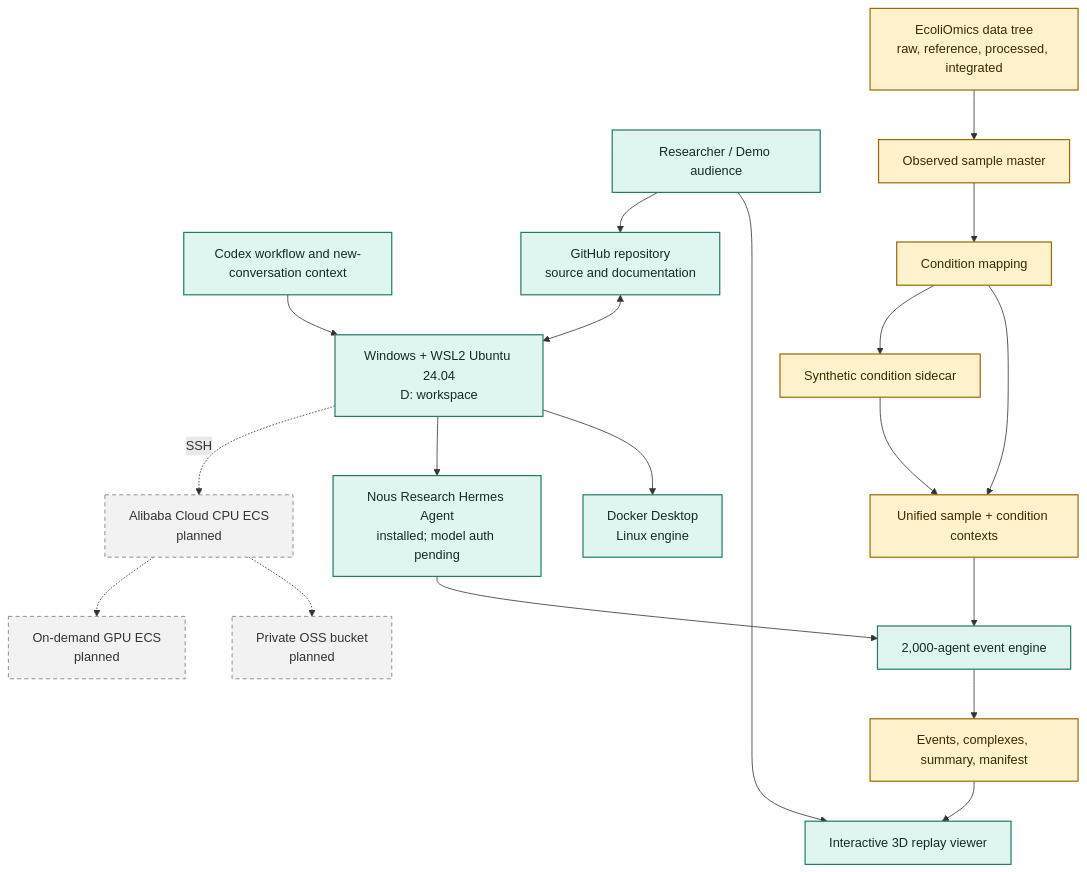
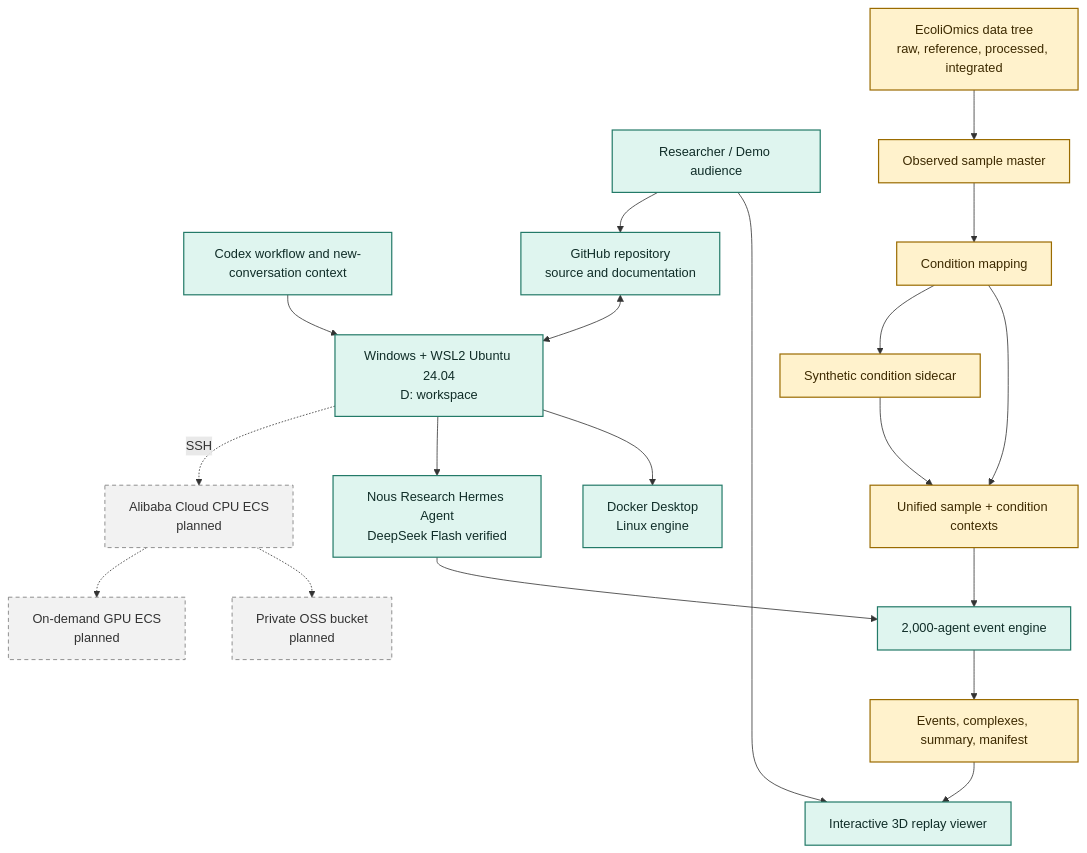
Before and after one commit to PrzmArk77469/E.coli-Multi-Omics-World-Model-Test-Demo: the first of 4 diagrams in docs/SYSTEM_ARCHITECTURE.md, drawn with Mermaid. The commit also changed other lines of this file and 6 other files, not shown here.

````diff
--- a/docs/SYSTEM_ARCHITECTURE.md
+++ b/docs/SYSTEM_ARCHITECTURE.md
@@ -22,46 +22,46 @@
 ```mermaid
 flowchart TB
     User["Researcher / Demo audience"]
     Codex["Codex workflow and new-conversation context"]
     GitHub["GitHub repository<br/>source and documentation"]
     Local["Windows + WSL2 Ubuntu 24.04<br/>D: workspace"]
     Docker["Docker Desktop<br/>Linux engine"]
     Data["EcoliOmics data tree<br/>raw, reference, processed, integrated"]
     Observed["Observed sample master"]
     Mapping["Condition mapping"]
     Sidecar["Synthetic condition sidecar"]
     Context["Unified sample + condition contexts"]
     Engine["2,000-agent event engine"]
     Events["Events, complexes, summary, manifest"]
     Viewer["Interactive 3D replay viewer"]
-    Hermes["Nous Research Hermes Agent<br/>installed; model auth pending"]
+    Hermes["Nous Research Hermes Agent<br/>DeepSeek Flash verified"]
     ECS["Alibaba Cloud CPU ECS<br/>planned"]
     OSS["Private OSS bucket<br/>planned"]
     GPU["On-demand GPU ECS<br/>planned"]
 
     User --> Viewer
     User --> GitHub
     Codex --> Local
     GitHub <--> Local
     Local --> Docker
     Data --> Observed
     Observed --> Mapping
     Mapping --> Context
     Mapping --> Sidecar
     Sidecar --> Context
     Context --> Engine
     Engine --> Events
     Events --> Viewer
     Local --> Hermes
     Hermes --> Engine
     Local -. SSH .-> ECS
     ECS -.-> OSS
     ECS -.-> GPU
 
     classDef done fill:#dff5ef,stroke:#237a68,color:#102d28,stroke-width:1.5px;
     classDef data fill:#fff2cc,stroke:#9a6b00,color:#3d2a00,stroke-width:1.5px;
     classDef planned fill:#f2f2f2,stroke:#777,color:#333,stroke-dasharray:5 4;
     class User,Codex,GitHub,Local,Docker,Hermes,Engine,Viewer done;
     class Data,Observed,Mapping,Sidecar,Context,Events data;
     class ECS,OSS,GPU planned;
 ```
````
